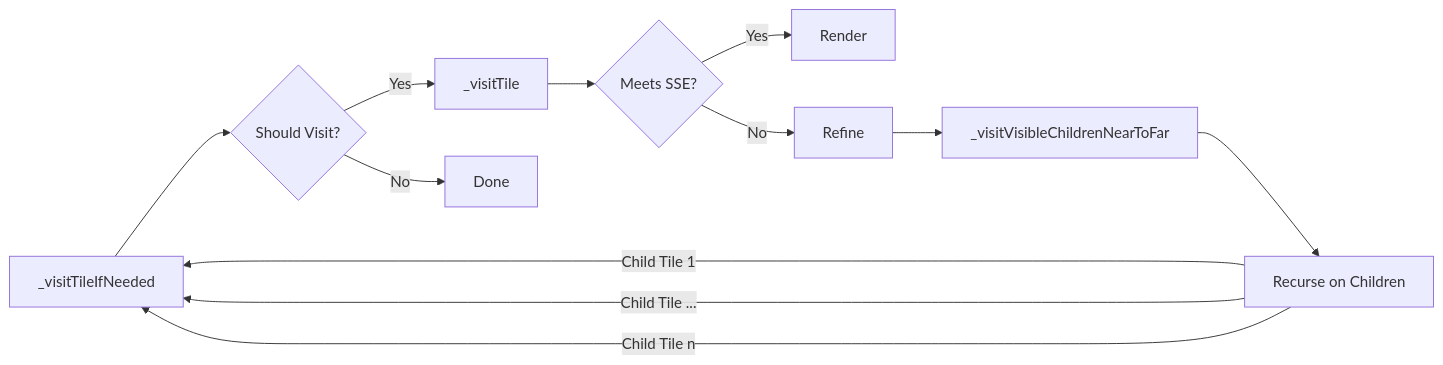
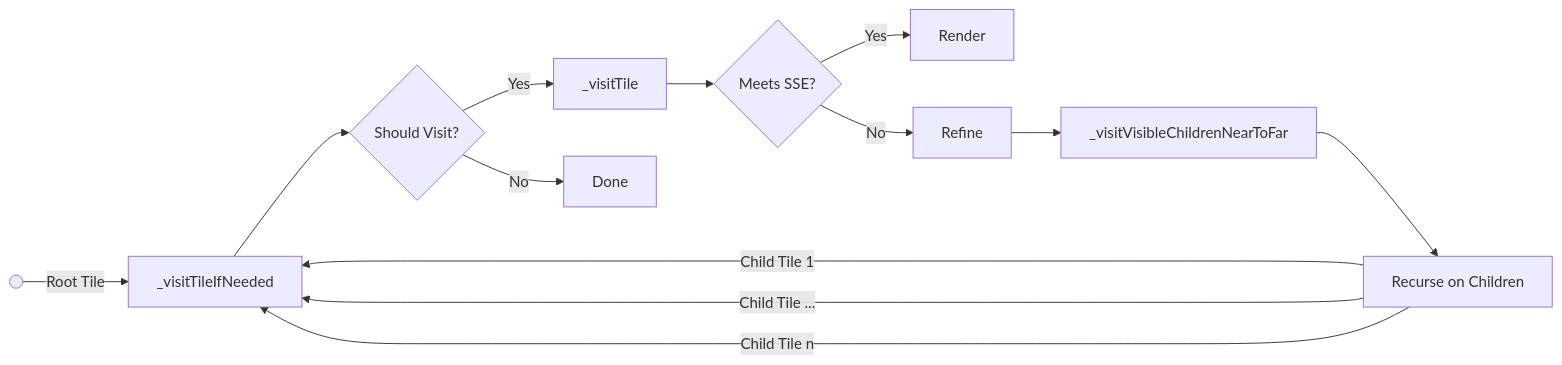
Before and after one commit to CesiumGS/cesium-native: the diagram in doc/diagrams/tileset-traversal-flowchart.mmd, drawn with Mermaid. The commit also changed 4 other files, not shown here.

```diff
--- a/doc/diagrams/tileset-traversal-flowchart.mmd
+++ b/doc/diagrams/tileset-traversal-flowchart.mmd
@@ -1,22 +1,24 @@
 flowchart LR
+  Start@{ shape: sm-circ, label: "Start" }
   VisitTileIfNeeded[_visitTileIfNeeded]
   ShouldVisit{Should Visit?}
   VisitTile[_visitTile]
   MeetsSSE{Meets SSE?}
   Done
   Render
   Refine
   VisitVisibleChildrenNearToFar[_visitVisibleChildrenNearToFar]
   Recurse[Recurse on Children]
 
+  Start-->|Root Tile|VisitTileIfNeeded
   VisitTileIfNeeded-->ShouldVisit
   ShouldVisit-->|Yes|VisitTile
   ShouldVisit-->|No|Done
   VisitTile-->MeetsSSE
   MeetsSSE-->|Yes|Render
   MeetsSSE-->|No|Refine
   Refine-->VisitVisibleChildrenNearToFar
   VisitVisibleChildrenNearToFar-->Recurse
   Recurse-->|Child Tile 1|VisitTileIfNeeded
   Recurse-->|Child Tile ...|VisitTileIfNeeded
   Recurse-->|Child Tile n|VisitTileIfNeeded
```
